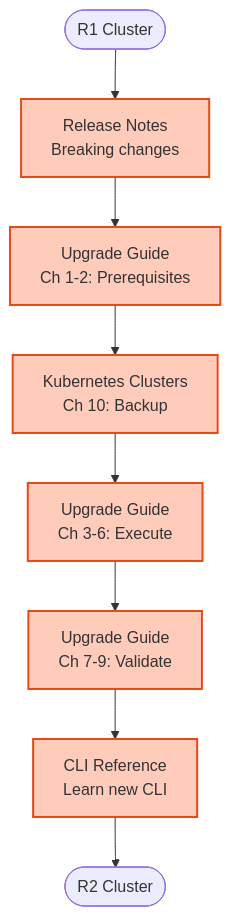
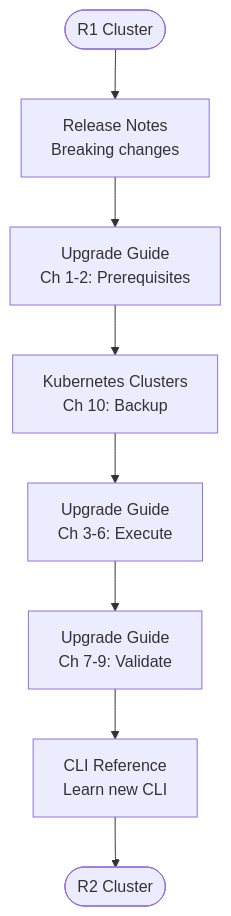
The fifth of 8 diagrams in _portfolio/ocne2_information_architecture.md (alison-holloway/alison-holloway.github.io), drawn with Mermaid before and after one commit. The commit also changed other lines of this file and 3 other files, not shown here.

First line of the commit message:
Add Mermaid diagram formatting system and apply new template styling

````diff
--- a/_portfolio/ocne2_information_architecture.md
+++ b/_portfolio/ocne2_information_architecture.md
@@ -210,14 +164,12 @@
 ```mermaid
-%%{init: {"theme": "default"}}%%
 flowchart TB
-    Start([R1 Cluster]) --> RN["Release Notes<br/>Breaking changes"]
-    RN --> UPG1["Upgrade Guide<br/>Ch 1-2: Prerequisites"]
-    UPG1 --> KC["Kubernetes Clusters<br/>Ch 10: Backup"]
-    KC --> UPG2["Upgrade Guide<br/>Ch 3-6: Execute"]
-    UPG2 --> UPG3["Upgrade Guide<br/>Ch 7-9: Validate"]
-    UPG3 --> CLI["CLI Reference<br/>Learn new CLI"]
-    CLI --> Done([R2 Cluster])
-
-    classDef path fill:#FFCCBC,stroke:#E64A19,stroke-width:2px
-    class RN,UPG1,KC,UPG2,UPG3,CLI path
+  Start([R1 Cluster]) --> RN["Release Notes<br/>Breaking changes"]
+  RN --> UPG1["Upgrade Guide<br/>Ch 1-2: Prerequisites"]
+  UPG1 --> KC["Kubernetes Clusters<br/>Ch 10: Backup"]
+  KC --> UPG2["Upgrade Guide<br/>Ch 3-6: Execute"]
+  UPG2 --> UPG3["Upgrade Guide<br/>Ch 7-9: Validate"]
+  UPG3 --> CLI["CLI Reference<br/>Learn new CLI"]
+  CLI --> Done([R2 Cluster])
+  classDef chapter fill:#fff,stroke:#F1D302,stroke-width:2px,color:#235789,font-size:16px,font-weight:bold;
+  classDef workflowNode fill:#fff,stroke:#C1292E,stroke-width:2px,color:#235789,font-size:16px,font-weight:bold;
 ```
````
